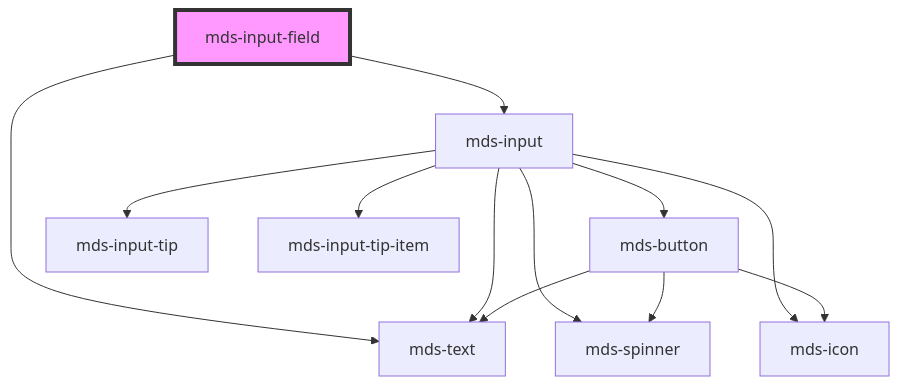
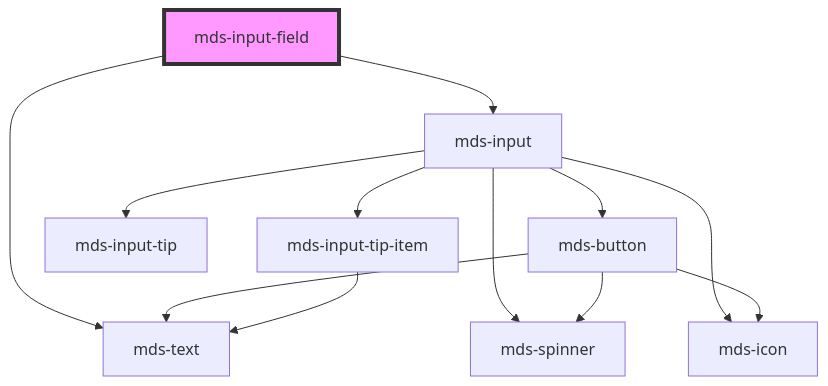
Before and after one commit to magma-design-system/magma: the diagram in projects/stencil/src/components/mds-input-field/readme.md, drawn with Mermaid. The commit also changed other lines of this file and 17 other files, not shown here.

Commit message:
feat(mds-input-tip): add component to input

````diff
--- a/projects/stencil/src/components/mds-input-field/readme.md
+++ b/projects/stencil/src/components/mds-input-field/readme.md
@@ -136,15 +133,15 @@
 ```mermaid
 graph TD;
   mds-input-field --> mds-text
   mds-input-field --> mds-input
   mds-input --> mds-button
   mds-input --> mds-input-tip
   mds-input --> mds-input-tip-item
-  mds-input --> mds-text
   mds-input --> mds-icon
   mds-input --> mds-spinner
   mds-button --> mds-spinner
   mds-button --> mds-icon
   mds-button --> mds-text
+  mds-input-tip-item --> mds-text
   style mds-input-field fill:#f9f,stroke:#333,stroke-width:4px
 ```
````
